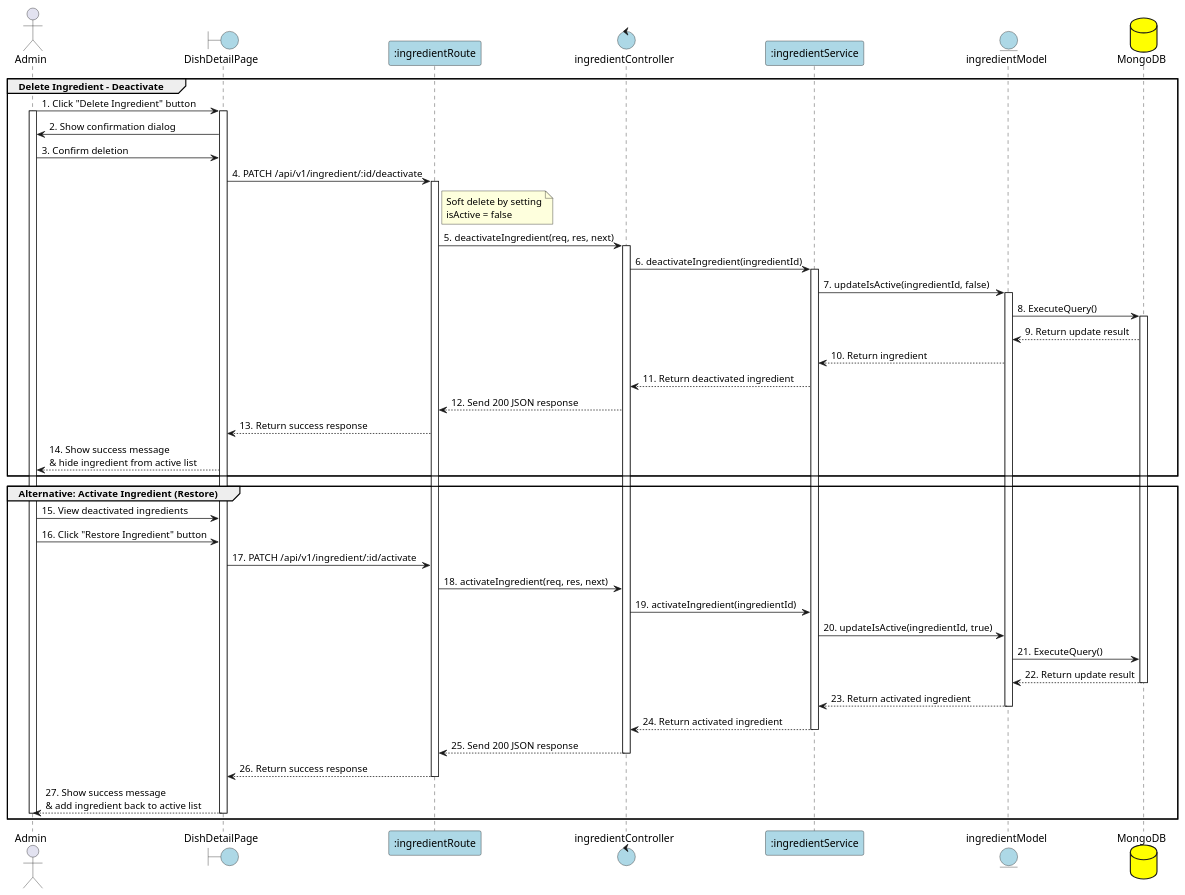
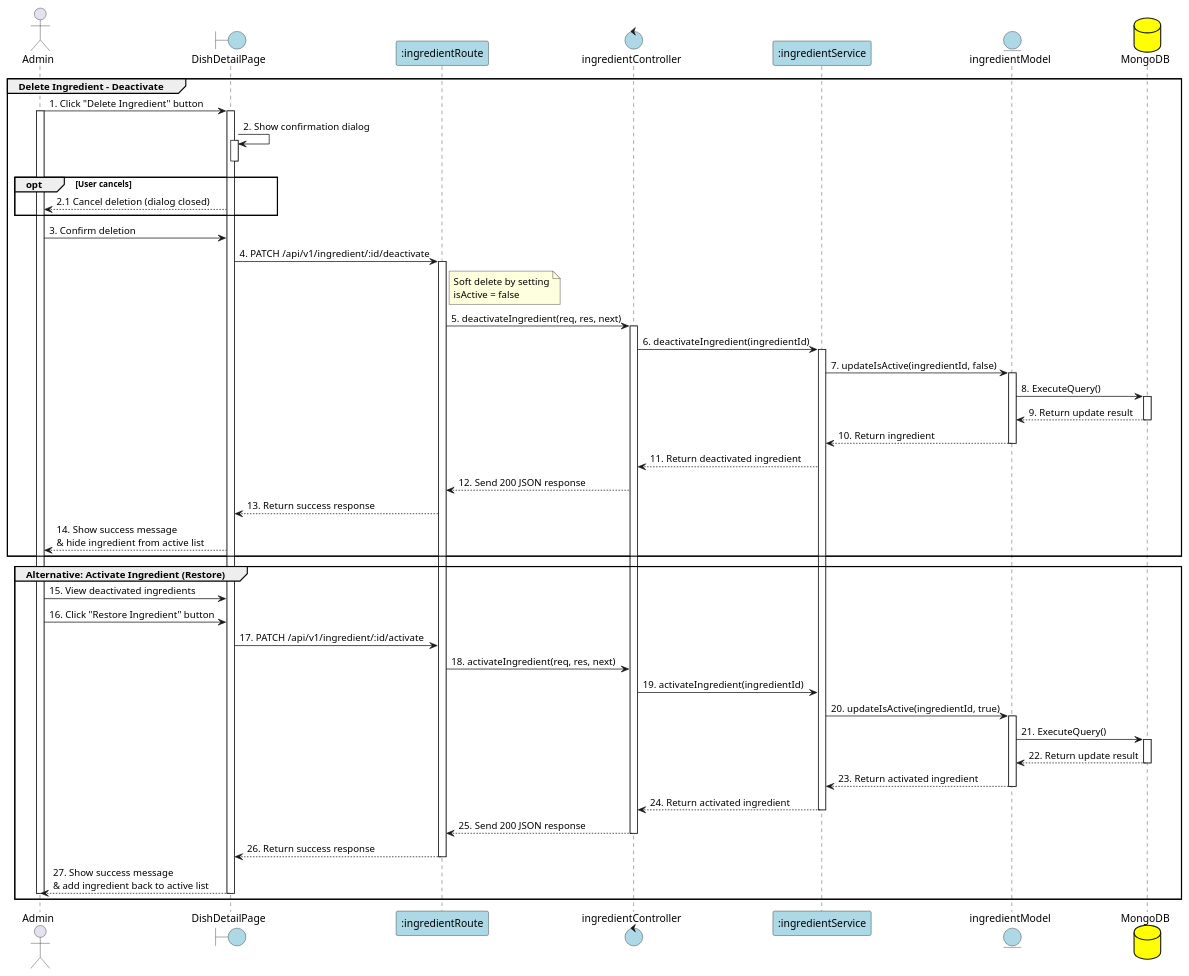
The diagram in PlanUML/26_DeleteIngredient.puml (Aohkne/CaloCook), drawn with PlantUML before and after one commit. The commit also changed 18 other files, not shown here.

```diff
--- a/PlanUML/26_DeleteIngredient.puml
+++ b/PlanUML/26_DeleteIngredient.puml
@@ -1,89 +1,98 @@
 @startuml DeleteIngredient
 
 actor "Admin" as Admin
 boundary "DishDetailPage" as View #lightblue
 participant ":ingredientRoute" as Route #lightblue
 control "ingredientController" as Controller #lightblue
 participant ":ingredientService" as Service #lightblue
 entity "ingredientModel" as IngredientModel #lightblue
 database "MongoDB" as MongoDB #yellow
 
 group Delete Ingredient - Deactivate
 
 Admin -> View: 1. Click "Delete Ingredient" button
 activate Admin
 activate View
 
-View -> Admin: 2. Show confirmation dialog
+View -> View: 2. Show confirmation dialog
+activate View
+deactivate View
+
+opt User cancels
+    View --> Admin: 2.1 Cancel deletion (dialog closed)
+end
 
 Admin -> View: 3. Confirm deletion
 View -> Route: 4. PATCH /api/v1/ingredient/:id/deactivate
 activate Route
 
 note right of Route: Soft delete by setting\nisActive = false
 
 Route -> Controller: 5. deactivateIngredient(req, res, next)
 activate Controller
 
 Controller -> Service: 6. deactivateIngredient(ingredientId)
 activate Service
 
 Service -> IngredientModel: 7. updateIsActive(ingredientId, false)
 activate IngredientModel
 
 IngredientModel -> MongoDB: 8. ExecuteQuery()
 activate MongoDB
 MongoDB --> IngredientModel: 9. Return update result
+deactivate MongoDB
 
 IngredientModel --> Service: 10. Return ingredient
+deactivate IngredientModel
 
 Service --> Controller: 11. Return deactivated ingredient
 
 Controller --> Route: 12. Send 200 JSON response
 
 Route --> View: 13. Return success response
 
 View --> Admin: 14. Show success message\n& hide ingredient from active list
 
 
 
 end
 
 group Alternative: Activate Ingredient (Restore)
 
 Admin -> View: 15. View deactivated ingredients
 
 Admin -> View: 16. Click "Restore Ingredient" button
 
 View -> Route: 17. PATCH /api/v1/ingredient/:id/activate
 
 Route -> Controller: 18. activateIngredient(req, res, next)
 
 Controller -> Service: 19. activateIngredient(ingredientId)
 
 Service -> IngredientModel: 20. updateIsActive(ingredientId, true)
-
+activate IngredientModel
 IngredientModel -> MongoDB: 21. ExecuteQuery()
+activate MongoDB
 
 MongoDB --> IngredientModel: 22. Return update result
 deactivate MongoDB
 
 
 IngredientModel --> Service: 23. Return activated ingredient
 deactivate IngredientModel
 
 Service --> Controller: 24. Return activated ingredient
 deactivate Service
 
 Controller --> Route: 25. Send 200 JSON response
 deactivate Controller
 
 Route --> View: 26. Return success response
 deactivate Route
 
 View --> Admin: 27. Show success message\n& add ingredient back to active list
 deactivate View
 deactivate Admin
 end
 
 @enduml
```
